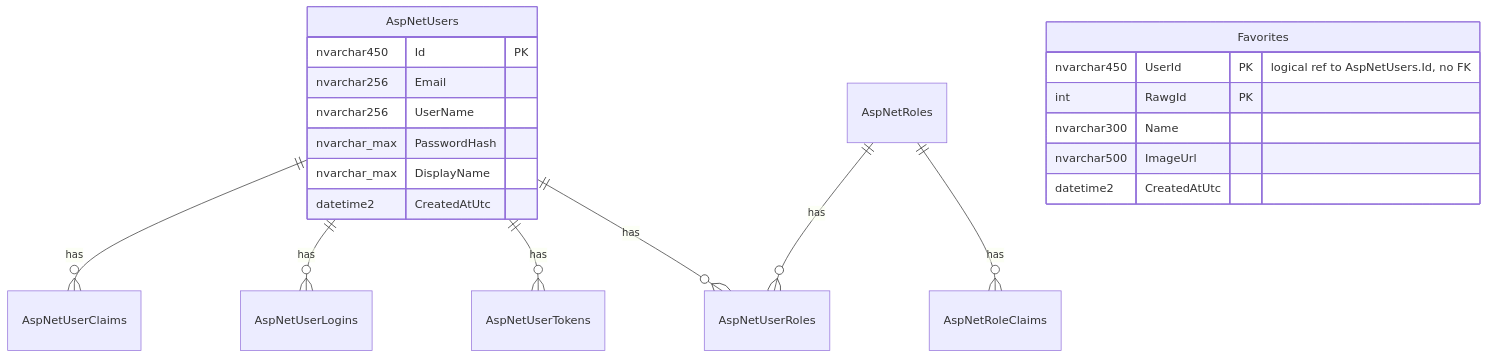
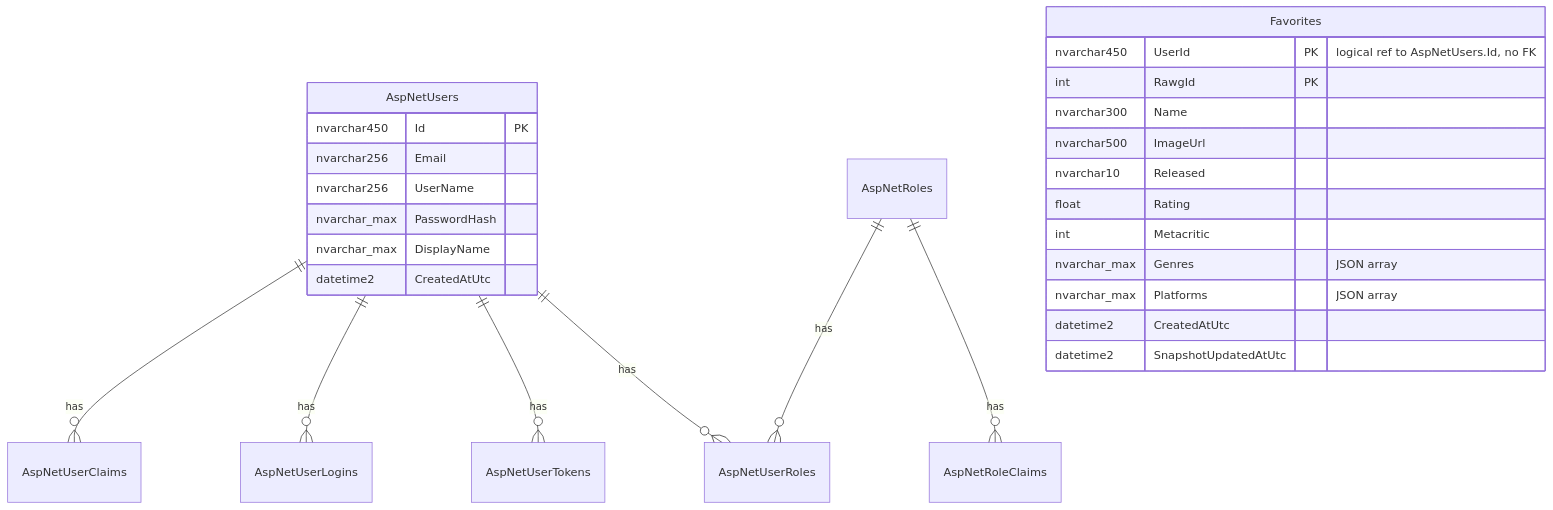
One commit to Terranova-hackathon/terranova changed the diagram in docs/DATABASE.md. Above: the diagram before and after it, drawn with Mermaid. The commit also changed other lines of this file and 26 other files, not shown here.

````diff
--- a/docs/DATABASE.md
+++ b/docs/DATABASE.md
@@ -15,24 +15,30 @@
 ```mermaid
 erDiagram
     AspNetUsers ||--o{ AspNetUserClaims : has
     AspNetUsers ||--o{ AspNetUserLogins : has
     AspNetUsers ||--o{ AspNetUserTokens : has
     AspNetUsers ||--o{ AspNetUserRoles : has
     AspNetRoles ||--o{ AspNetUserRoles : has
     AspNetRoles ||--o{ AspNetRoleClaims : has
     AspNetUsers {
         nvarchar450 Id PK
         nvarchar256 Email
         nvarchar256 UserName
         nvarchar_max PasswordHash
         nvarchar_max DisplayName
         datetime2 CreatedAtUtc
     }
     Favorites {
         nvarchar450 UserId PK "logical ref to AspNetUsers.Id, no FK"
         int RawgId PK
         nvarchar300 Name
         nvarchar500 ImageUrl
+        nvarchar10 Released
+        float Rating
+        int Metacritic
+        nvarchar_max Genres "JSON array"
+        nvarchar_max Platforms "JSON array"
         datetime2 CreatedAtUtc
+        datetime2 SnapshotUpdatedAtUtc
     }
 ```
````
